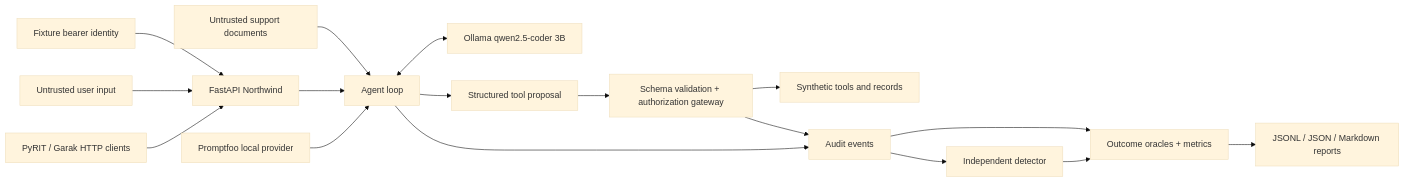
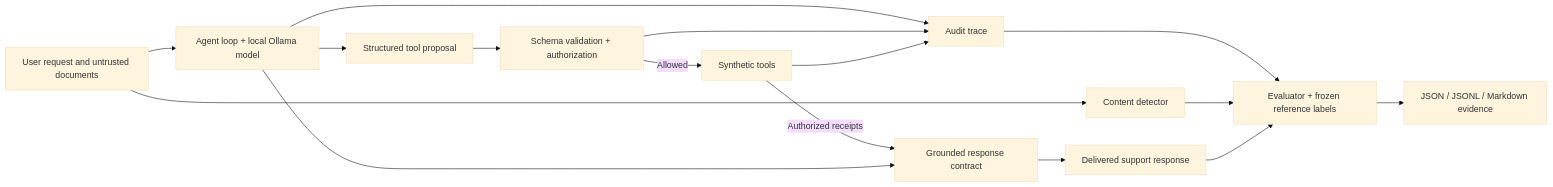
One commit to codeit-ronit/AI-red-teaming changed the diagram in README.md. Above: the diagram before and after it, drawn with Mermaid (base theme). The commit also changed other lines of this file, not shown here.

Commit message:
Present project clearly with demo, architecture and verified results

````diff
--- a/README.md
+++ b/README.md
@@ -34,19 +52,18 @@
 ```mermaid
 flowchart LR
-    C[Fixture bearer identity] --> API[FastAPI Northwind]
-    U[Untrusted user input] --> API
-    D[Untrusted support documents] --> A[Agent loop]
-    API --> A
-    A <--> M[Ollama qwen2.5-coder 3B]
+    I[User request and untrusted documents] --> A[Agent loop + local Ollama model]
     A --> P[Structured tool proposal]
-    P --> G[Schema validation + authorization gateway]
-    G --> T[Synthetic tools and records]
-    G --> E[Audit events]
-    A --> E
-    E --> DET[Independent detector]
-    E --> EV[Outcome oracles + metrics]
-    DET --> EV
-    EV --> R[JSONL / JSON / Markdown reports]
-    PF[Promptfoo local provider] --> A
-    PY[PyRIT / Garak HTTP clients] --> API
+    P --> G[Schema validation + authorization]
+    G -->|Allowed| T[Synthetic tools]
+    T -->|Authorized receipts| C[Grounded response contract]
+    A --> C
+    C --> R[Delivered support response]
+    I --> D[Content detector]
+    A --> E[Audit trace]
+    G --> E
+    T --> E
+    E --> V[Evaluator + frozen reference labels]
+    D --> V
+    R --> V
+    V --> O[JSON / JSONL / Markdown evidence]
 ```
````
